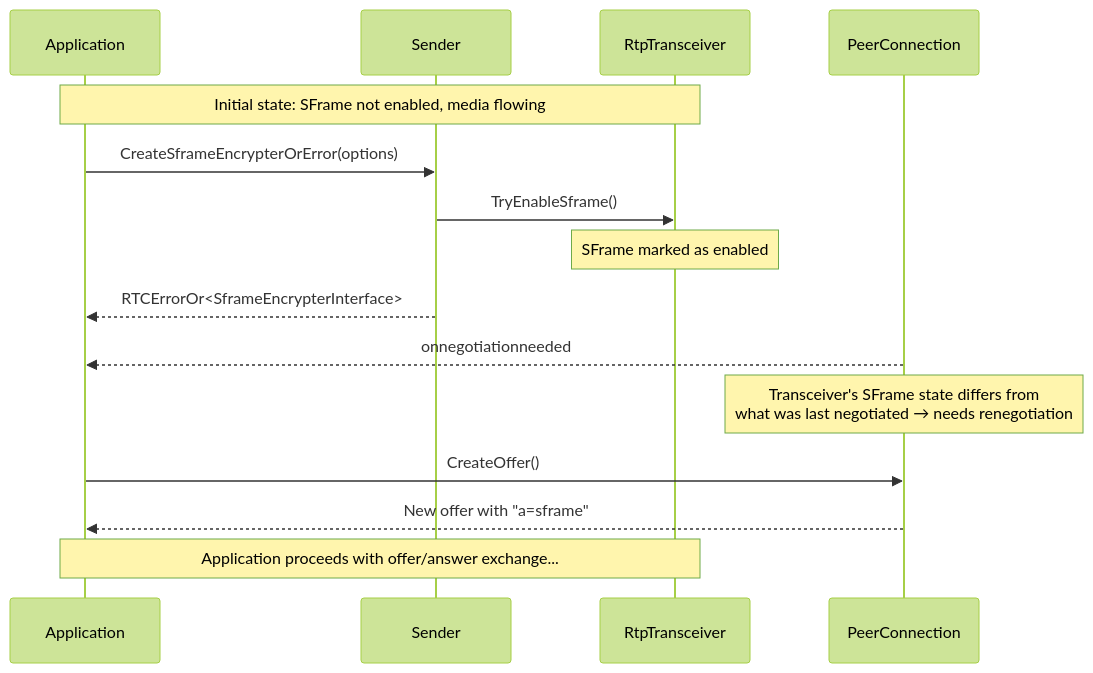
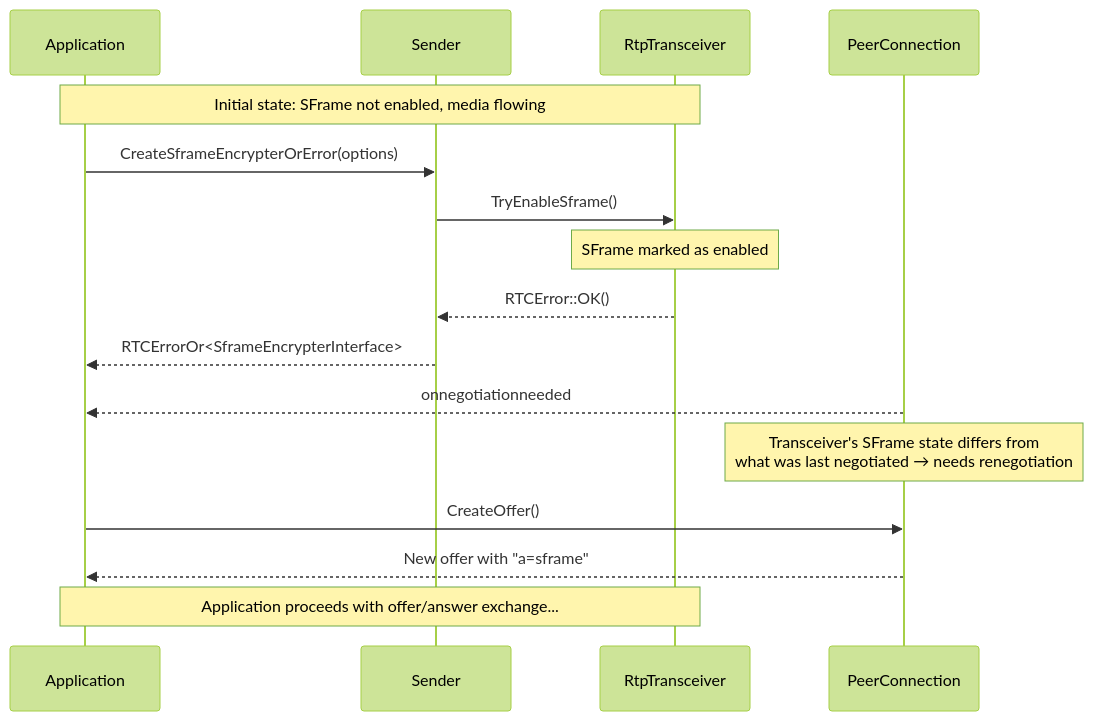
One commit to webex/webrtc-sframe changed the fifth of 6 diagrams in negotiation.md. Above: the diagram before and after it, drawn with Mermaid (forest theme). The commit also changed other lines of this file and 1 other file, not shown here.

````diff
--- a/negotiation.md
+++ b/negotiation.md
@@ -327,22 +331,23 @@
 ```mermaid
 sequenceDiagram
     participant App as Application
     participant S as Sender
     participant T as RtpTransceiver
     participant PC as PeerConnection
 
     Note over App,T: Initial state: SFrame not enabled, media flowing
 
     App->>S: CreateSframeEncrypterOrError(options)
     S->>T: TryEnableSframe()
     Note over T: SFrame marked as enabled
+    T-->>S: RTCError::OK()
     S-->>App: RTCErrorOr<SframeEncrypterInterface>
 
     PC-->>App: onnegotiationneeded
     Note over PC: Transceiver's SFrame state differs from<br/>what was last negotiated → needs renegotiation
 
     App->>PC: CreateOffer()
     PC-->>App: New offer with "a=sframe"
 
     Note over App,T: Application proceeds with offer/answer exchange...
 ```
````
